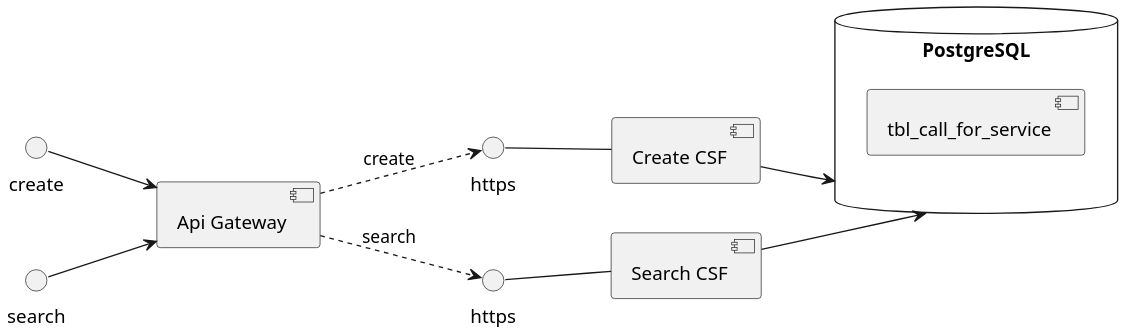
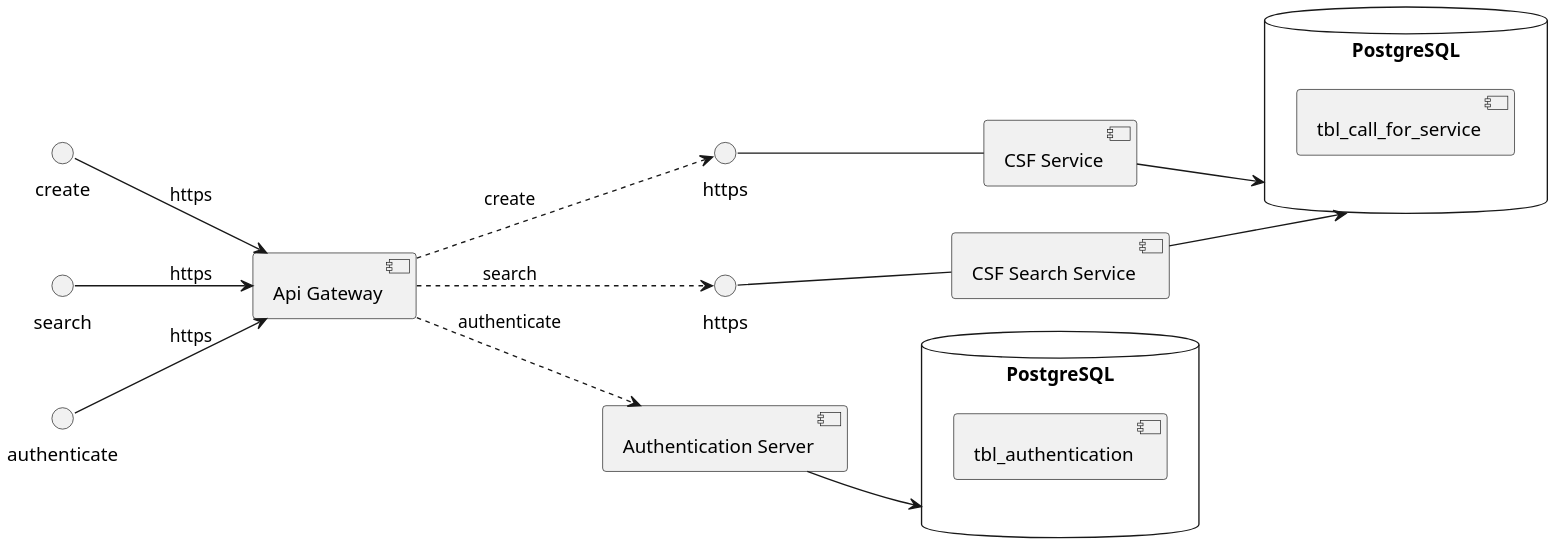
One commit to trungee/CallForService changed the diagram in doc/diagram/src/CallForService.Component.wsd. Above: the diagram before and after it, drawn with PlantUML. The commit also changed 8 other files, not shown here.

```diff
--- a/doc/diagram/src/CallForService.Component.wsd
+++ b/doc/diagram/src/CallForService.Component.wsd
@@ -1,26 +1,36 @@
 @startuml
 scale 2
 left to right direction
 skinparam packageStyle rect
 () "create" as create
 () "search" as search
+() "authenticate" as authenticate
 () "https" as createHttp
 () "https" as searchHttp
 [Api Gateway] as apiGateway
-[Create CSF] as createComponent
-[Search CSF] as searchComponent
+[CSF Service] as createComponent
+[CSF Search Service] as searchComponent
+[Authentication Server] as authenticationServer
 
 database "PostgreSQL" as db {
     [tbl_call_for_service]
 } 
 
-create --> apiGateway
+database "PostgreSQL" as authenticationDb {
+    [tbl_authentication]
+} 
+
+create --> apiGateway : https
 apiGateway ..> createHttp : create
 createHttp -- createComponent
 createComponent --> db
 
-search --> apiGateway
+search --> apiGateway : https
 apiGateway ..> searchHttp : search
 searchHttp -- searchComponent
 searchComponent --> db
+
+authenticate --> apiGateway: https
+apiGateway ..> authenticationServer : authenticate
+authenticationServer --> authenticationDb
 @enduml
```
